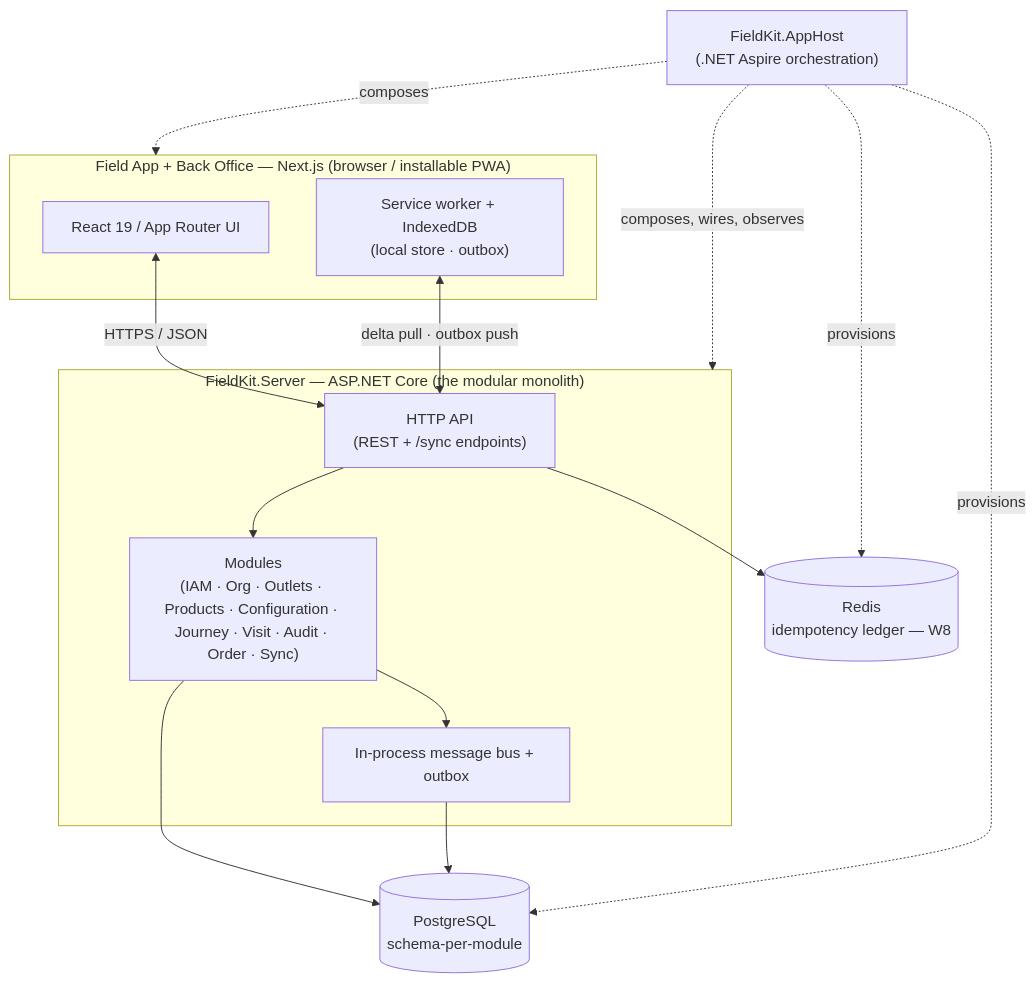
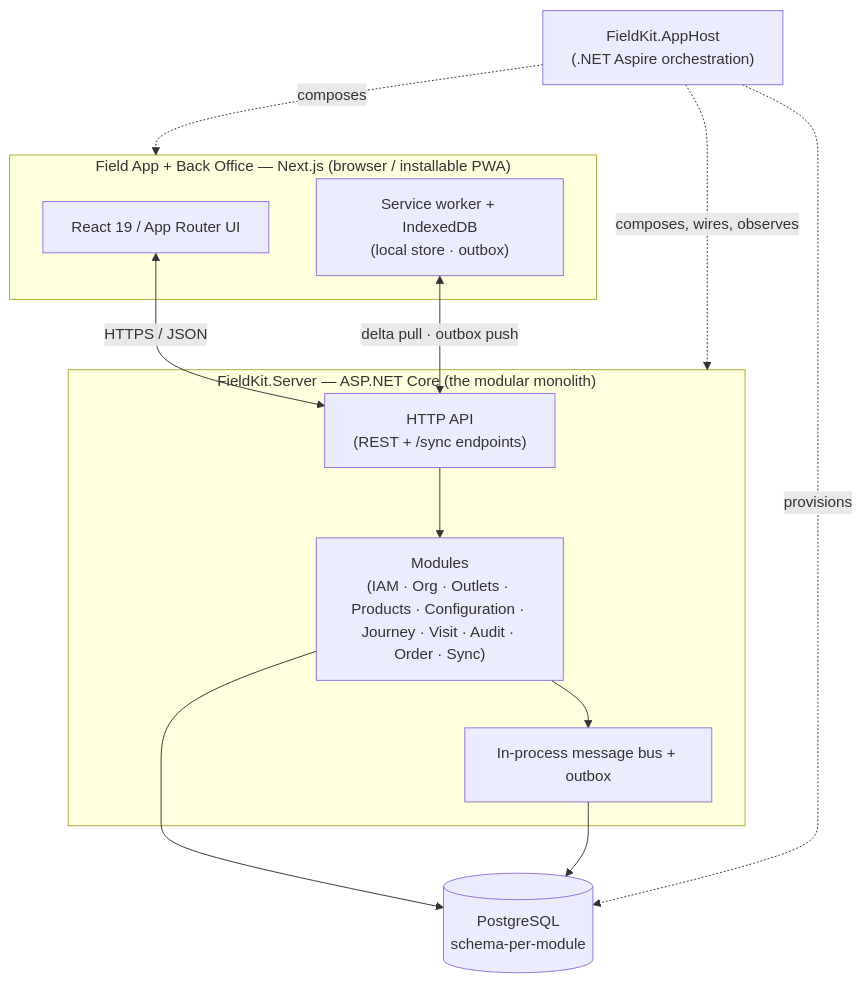
One commit to Tibirot/FieldKit changed the second of 4 diagrams in docs/architecture/00-architecture-overview.md. Above: the diagram before and after it, drawn with Mermaid. The commit also changed other lines of this file and 7 other files, not shown here.

First line of the commit message:
docs(w8): decompose the sync engine, and settle the ledger against Redis (#165)

````diff
--- a/docs/architecture/00-architecture-overview.md
+++ b/docs/architecture/00-architecture-overview.md
@@ -58,28 +58,28 @@
 ```mermaid
 flowchart TB
   subgraph client["Field App + Back Office — Next.js (browser / installable PWA)"]
     ui["React 19 / App Router UI"]
     sw["Service worker + IndexedDB<br/>(local store · outbox)"]
   end
 
   subgraph server["FieldKit.Server — ASP.NET Core (the modular monolith)"]
     api["HTTP API<br/>(REST + /sync endpoints)"]
     mods["Modules<br/>(IAM · Org · Outlets · Products · Configuration · Journey · Visit · Audit · Order · Sync)"]
     bus["In-process message bus + outbox"]
   end
 
   pg[("PostgreSQL<br/>schema-per-module")]
-  redis[("Redis<br/>idempotency ledger — W8")]
+  %% No Redis. The idempotency ledger is a Postgres table (ADR-0007 amendment, 2026-08).
   apphost["FieldKit.AppHost<br/>(.NET Aspire orchestration)"]
 
   ui <-->|"HTTPS / JSON"| api
   sw <-->|"delta pull · outbox push"| api
   api --> mods --> bus
   mods --> pg
-  api --> redis
+
   bus --> pg
   apphost -.->|composes, wires, observes| server
   apphost -.->|composes| client
   apphost -.->|provisions| pg
-  apphost -.->|provisions| redis
+
 ```
````
